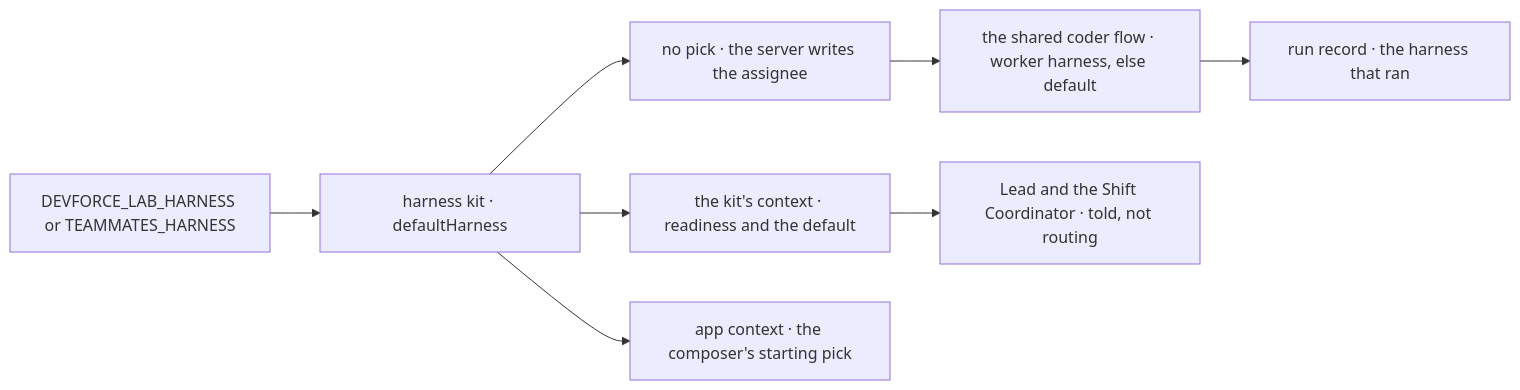
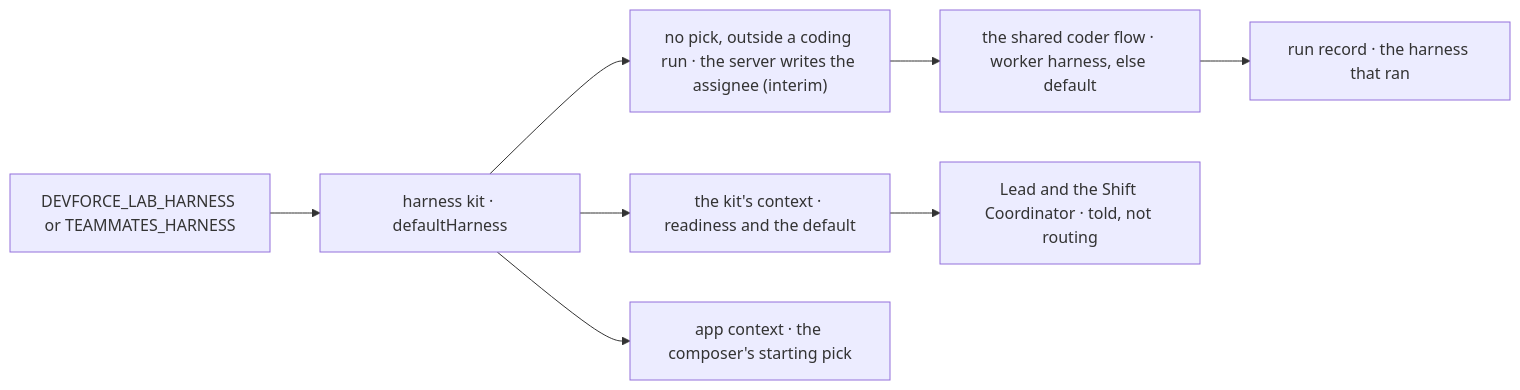
Before and after one commit to fixpoint-labs/flow-state-dev: the second of 2 diagrams in specs/issues/FIX-2877/SPEC.md, drawn with Mermaid. The commit also changed other lines of this file and 2 other files, not shown here.

First line of the commit message:
spec(FIX-2877): fold cross-spec review — D2 scoped to no-pick filings outside a coding run, interim until FIX-2878, merges first

````diff
--- a/specs/issues/FIX-2877/SPEC.md
+++ b/specs/issues/FIX-2877/SPEC.md
@@ -110,10 +115,10 @@
 ```mermaid
 flowchart LR
   E["DEVFORCE_LAB_HARNESS or TEAMMATES_HARNESS"] --> K["harness kit · defaultHarness"]
-  K --> W["no pick · the server writes the assignee"]
+  K --> W["no pick, outside a coding run · the server writes the assignee (interim)"]
   W --> F["the shared coder flow · worker harness, else default"]
   K --> X["the kit's context · readiness and the default"]
   X --> L["Lead and the Shift Coordinator · told, not routing"]
   K --> V["app context · the composer's starting pick"]
   F --> R["run record · the harness that ran"]
 ```
````
